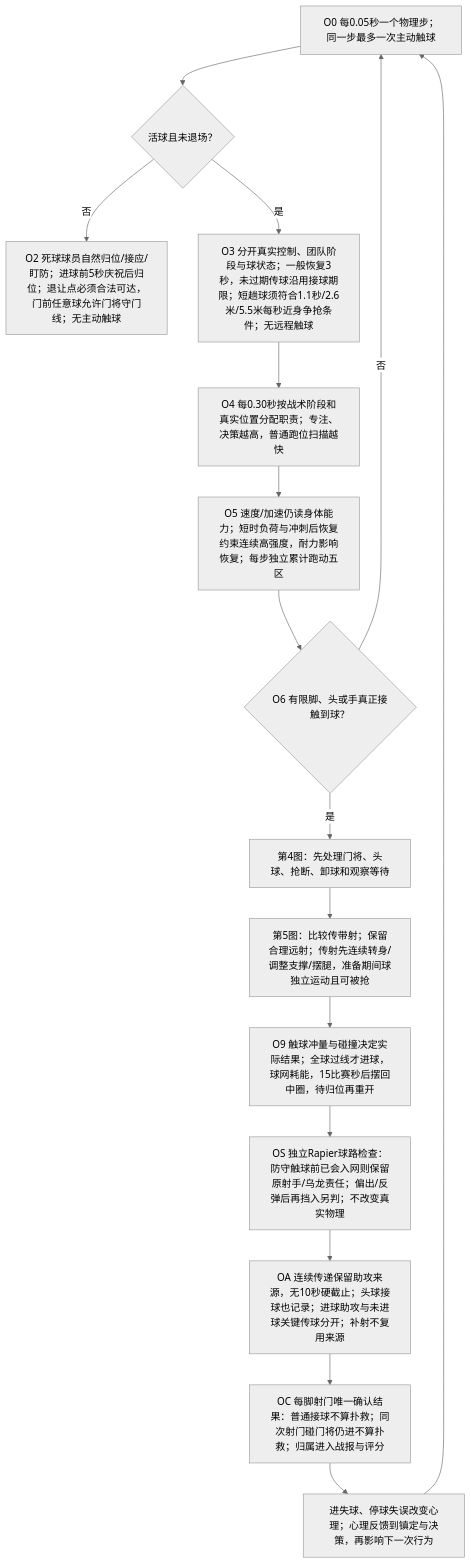
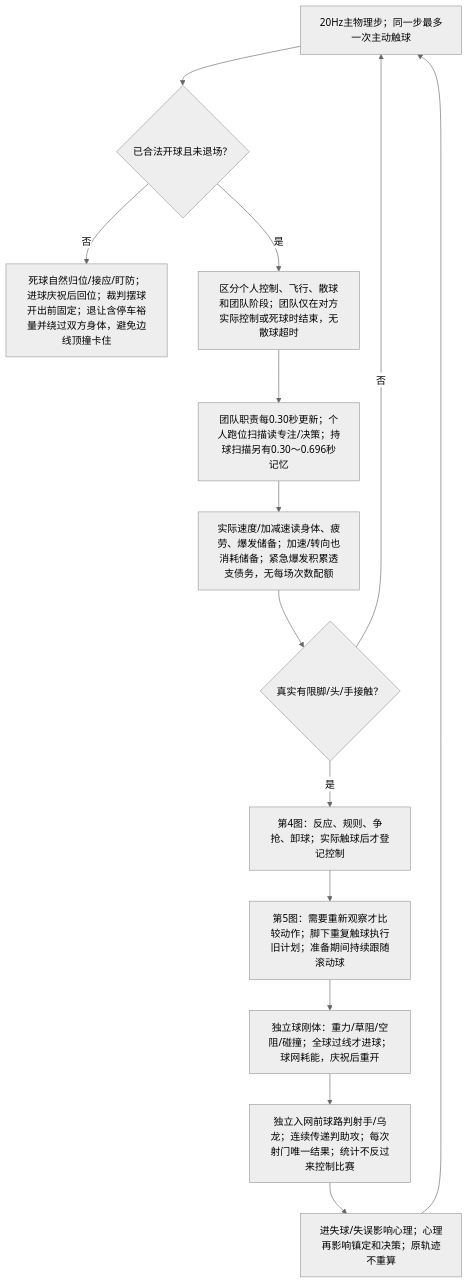
The first of 7 diagrams in packages/shared/modules/matches/design/PLAYER_DECISION_MAP.md (sixu3575/touchline-manager), drawn with Mermaid (neutral theme) before and after one commit. The commit also changed other lines of this file and 48 other files, not shown here.

````diff
--- a/packages/shared/modules/matches/design/PLAYER_DECISION_MAP.md
+++ b/packages/shared/modules/matches/design/PLAYER_DECISION_MAP.md
@@ -29,18 +11,16 @@
 ```mermaid
 flowchart TD
-  O0["O0 每0.05秒一个物理步；同一步最多一次主动触球"] --> O1{"活球且未退场？"}
-  O1 -->|否| O2["O2 死球球员自然归位/接应/盯防；进球前5秒庆祝后归位；退让点必须合法可达，门前任意球允许门将守门线；无主动触球"]
-  O1 -->|是| O3["O3 分开真实控制、团队阶段与球状态；一般恢复3秒，未过期传球沿用接球期限；短趟球须符合1.1秒/2.6米/5.5米每秒近身争抢条件；无远程触球"]
-  O3 --> O4["O4 每0.30秒按战术阶段和真实位置分配职责；专注、决策越高，普通跑位扫描越快"]
-  O4 --> O5["O5 速度/加速仍读身体能力；短时负荷与冲刺后恢复约束连续高强度，耐力影响恢复；每步独立累计跑动五区"]
-  O5 --> O6{"O6 有限脚、头或手真正接触到球？"}
+  O0["20Hz主物理步；同一步最多一次主动触球"] --> O1{"已合法开球且未退场？"}
+  O1 -->|否| O2["死球自然归位/接应/盯防；进球庆祝后回位；裁判摆球开出前固定；退让含停车裕量并绕过双方身体，避免边线顶撞卡住"]
+  O1 -->|是| O3["区分个人控制、飞行、散球和团队阶段；团队仅在对方实际控制或死球时结束，无散球超时"]
+  O3 --> O4["团队职责每0.30秒更新；个人跑位扫描读专注/决策；持球扫描另有0.30～0.696秒记忆"]
+  O4 --> O5["实际速度/加减速读身体、疲劳、爆发储备；加速/转向也消耗储备；紧急爆发积累透支债务，无每场次数配额"]
+  O5 --> O6{"真实有限脚/头/手接触？"}
   O6 -->|否| O0
-  O6 -->|是| O7["第4图：先处理门将、头球、抢断、卸球和观察等待"]
-  O7 --> O8["第5图：比较传带射；保留合理远射；传射先连续转身/调整支撑/摆腿，准备期间球独立运动且可被抢"]
-  O8 --> O9["O9 触球冲量与碰撞决定实际结果；全球过线才进球，球网耗能，15比赛秒后摆回中圈，待归位再重开"]
-  O9 --> OS["OS 独立Rapier球路检查：防守触球前已会入网则保留原射手/乌龙责任；偏出/反弹后再挡入另判；不改变真实物理"]
-  OS --> OA["OA 连续传递保留助攻来源，无10秒硬截止；头球接球也记录；进球助攻与未进球关键传球分开；补射不复用来源"]
-  OA --> OC["OC 每脚射门唯一确认结果：普通接球不算扑救；同次射门碰门将仍进不算扑救；归属进入战报与评分"]
-  OC --> O10["进失球、停球失误改变心理；心理反馈到镇定与决策，再影响下一次行为"]
-  O10 --> O0
+  O6 -->|是| O7["第4图：反应、规则、争抢、卸球；实际触球后才登记控制"]
+  O7 --> O8["第5图：需要重新观察才比较动作；脚下重复触球执行旧计划；准备期间持续跟随滚动球"]
+  O8 --> O9["独立球刚体：重力/草阻/空阻/碰撞；全球过线才进球；球网耗能，庆祝后重开"]
+  O9 --> OS["独立入网前球路判射手/乌龙；连续传递判助攻；每次射门唯一结果；统计不反过来控制比赛"]
+  OS --> OM["进失球/失误影响心理；心理再影响镇定和决策；原轨迹不重算"]
+  OM --> O0
 ```
````
